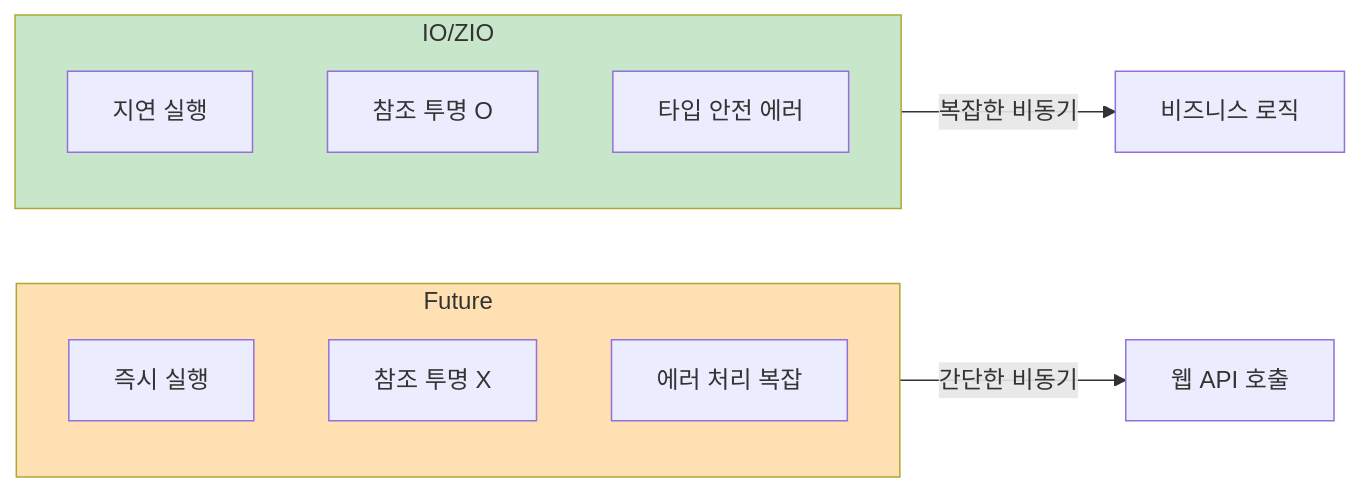
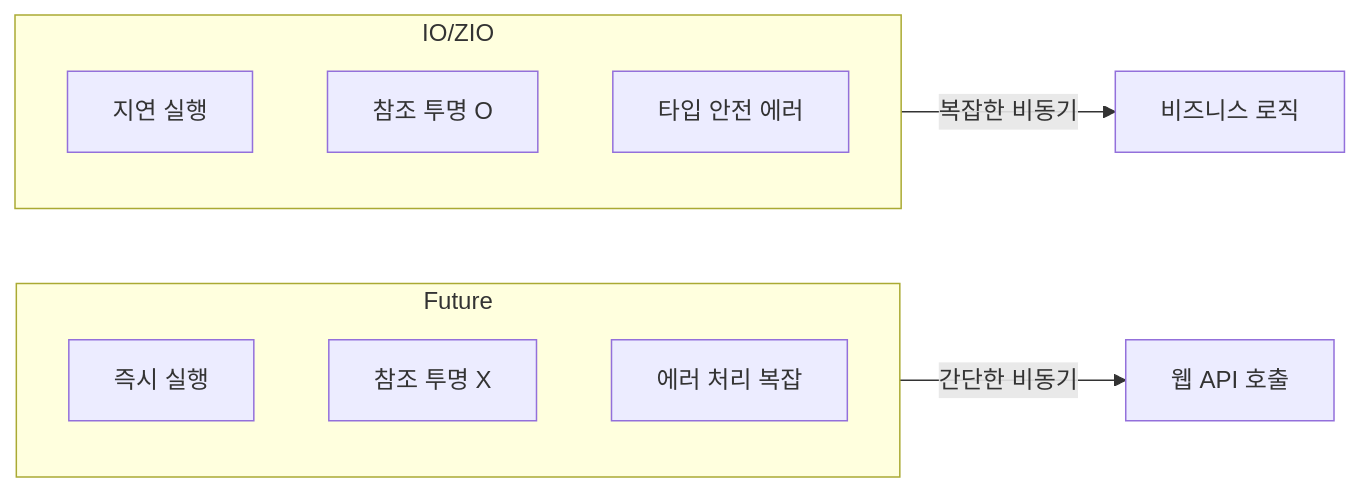
The diagram in content/ko/scala/concepts/concurrency.md (advanced-beginner/advanced-beginner.github.io), drawn with Mermaid before and after one commit. The commit also changed 35 other files, not shown here.

First line of the commit message:
refactor: Mermaid 다이어그램 개선

````diff
--- a/content/ko/scala/concepts/concurrency.md
+++ b/content/ko/scala/concepts/concurrency.md
@@ -370,20 +370,17 @@
 ```mermaid
 flowchart LR
     subgraph Future
         F1["즉시 실행"]
         F2["참조 투명 X"]
         F3["에러 처리 복잡"]
     end
 
     subgraph "IO/ZIO"
         Z1["지연 실행"]
         Z2["참조 투명 O"]
         Z3["타입 안전 에러"]
     end
 
     Future --> |"간단한 비동기"| Use1["웹 API 호출"]
     IO/ZIO --> |"복잡한 비동기"| Use2["비즈니스 로직"]
-
-    style Future fill:#ffe0b2
-    style IO/ZIO fill:#c8e6c9
 ```
````
